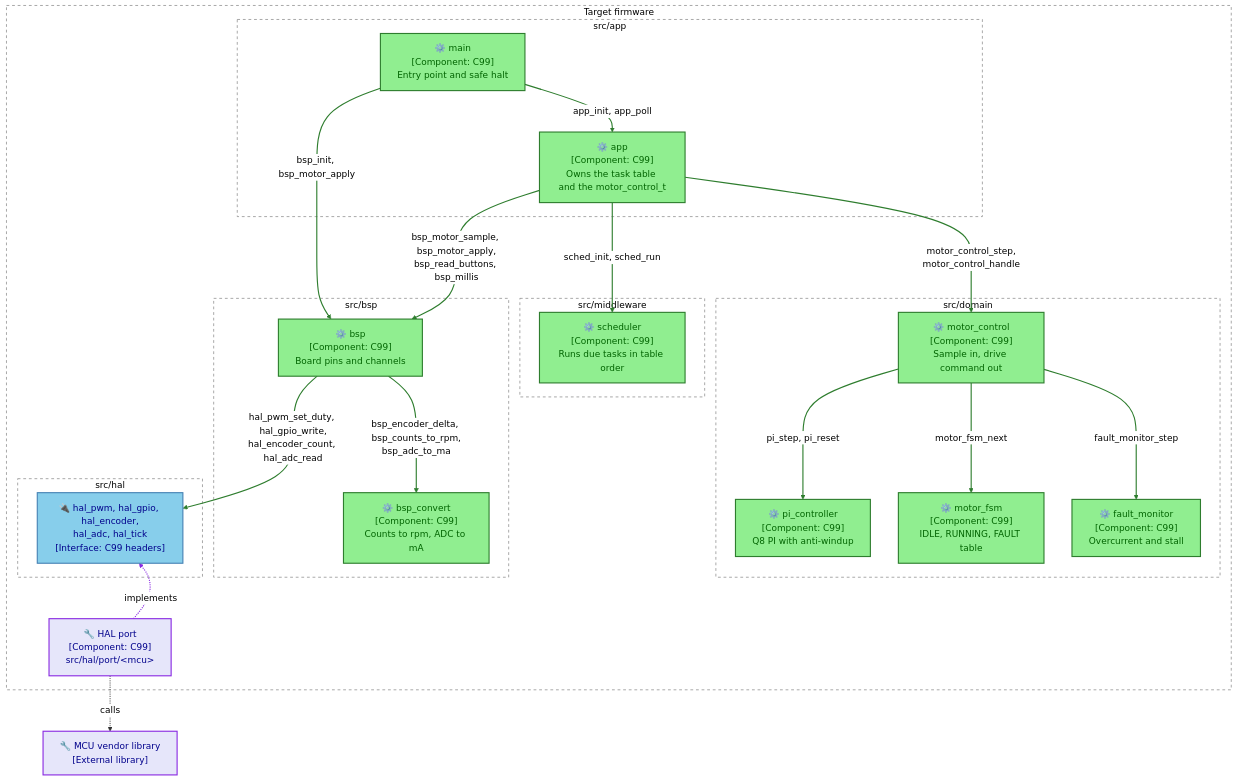
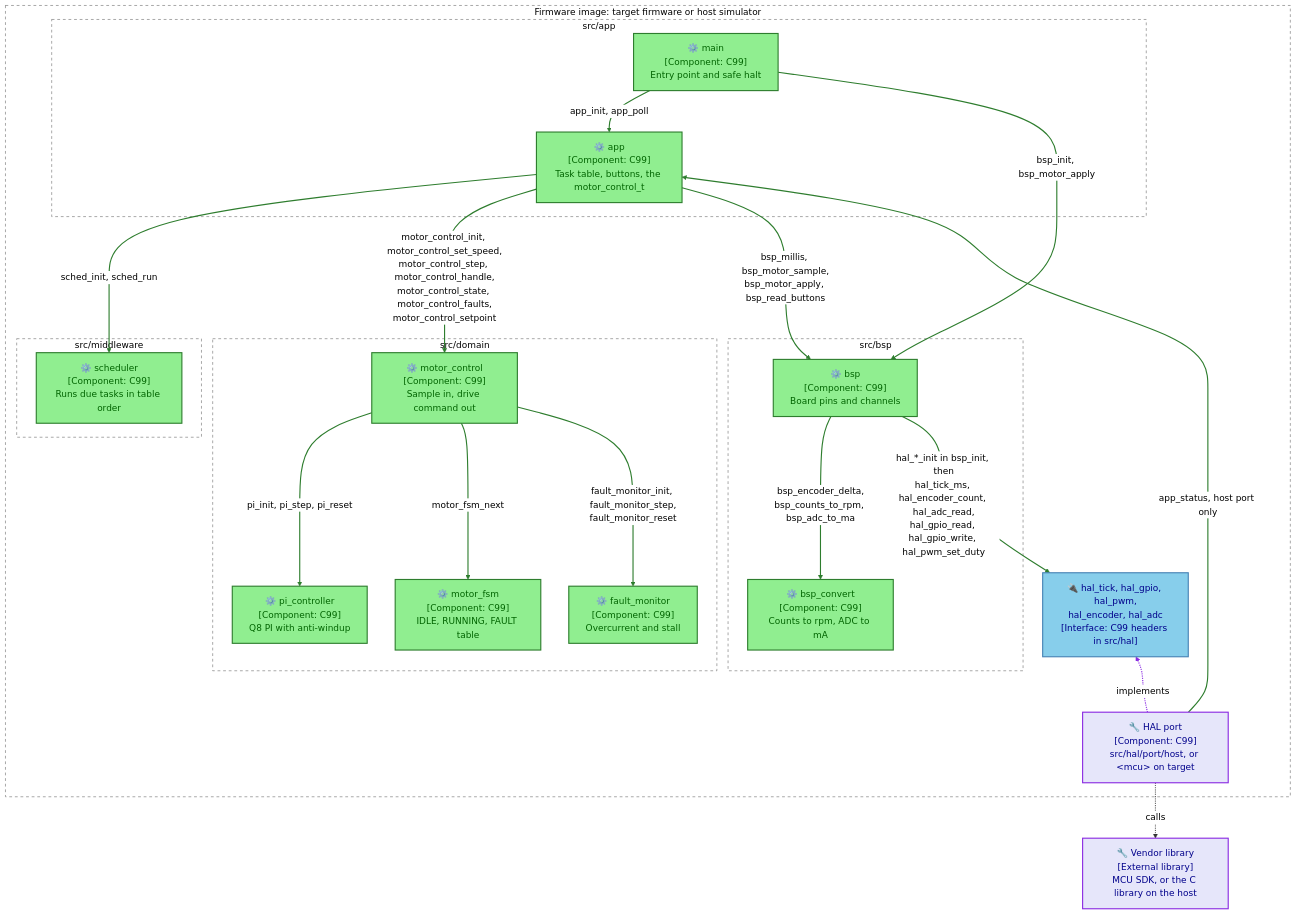
Before and after one commit to wienans/example-repo: the diagram in docs/architecture/03_components.md, drawn with Mermaid (neutral theme). The commit also changed other lines of this file and 6 other files, not shown here.

First line of the commit message:
docs(architecture): align architecture guide with implementation

````diff
--- a/docs/architecture/03_components.md
+++ b/docs/architecture/03_components.md
@@ -5,63 +5,61 @@
 ```mermaid
 flowchart TB
-  accTitle: Run-time calls between firmware components
-  accDescr: main calls app and bsp. app calls the scheduler, motor_control and bsp. motor_control calls pi_controller, motor_fsm and fault_monitor. bsp calls bsp_convert and the HAL interface headers. The HAL port implements the HAL headers and calls the MCU vendor library.
+  accTitle: Calls between firmware components
+  accDescr: main calls app and bsp. app calls the scheduler, motor_control and bsp. motor_control calls pi_controller, motor_fsm and fault_monitor. bsp calls bsp_convert and the HAL interface functions. The HAL port implements the HAL headers and calls the vendor library. The host HAL port also calls app_status to print telemetry.
   classDef boundary fill:#FFFFFF,stroke:#666666,stroke-width:1px,stroke-dasharray:5 5,color:black
   classDef firmware fill:#90EE90,stroke:#2E7D2E,stroke-width:2px,color:darkgreen
   classDef interface fill:#87CEEB,stroke:#4682B4,stroke-width:2px,color:darkblue
   classDef platform fill:#E6E6FA,stroke:#8A2BE2,stroke-width:2px,color:darkblue
   classDef edgeCall stroke:#2E7D2E,stroke-width:2px,color:black
   classDef edgeImplements stroke:#8A2BE2,stroke-width:2px,color:black
   classDef edgeVendor stroke:#333333,stroke-width:1.5px,color:black
 
-  subgraph fw [Target firmware]
+  subgraph fw [Firmware image: target firmware or host simulator]
     subgraph appL [src/app]
       main["⚙️ main<br/>[Component: C99]<br/>Entry point and safe halt"]
-      app["⚙️ app<br/>[Component: C99]<br/>Owns the task table and the motor_control_t"]
+      app["⚙️ app<br/>[Component: C99]<br/>Task table, buttons, the motor_control_t"]
     end
     subgraph mwL [src/middleware]
       sched["⚙️ scheduler<br/>[Component: C99]<br/>Runs due tasks in table order"]
     end
     subgraph domL [src/domain]
       ctl["⚙️ motor_control<br/>[Component: C99]<br/>Sample in, drive command out"]
       pi["⚙️ pi_controller<br/>[Component: C99]<br/>Q8 PI with anti-windup"]
       fsm["⚙️ motor_fsm<br/>[Component: C99]<br/>IDLE, RUNNING, FAULT table"]
       flt["⚙️ fault_monitor<br/>[Component: C99]<br/>Overcurrent and stall"]
     end
     subgraph bspL [src/bsp]
       bsp["⚙️ bsp<br/>[Component: C99]<br/>Board pins and channels"]
       conv["⚙️ bsp_convert<br/>[Component: C99]<br/>Counts to rpm, ADC to mA"]
     end
-    subgraph halL [src/hal]
-      hal["🔌 hal_pwm, hal_gpio, hal_encoder,<br/>hal_adc, hal_tick<br/>[Interface: C99 headers]"]
-    end
-    port["🔧 HAL port<br/>[Component: C99]<br/>src/hal/port/&lt;mcu&gt;"]
+    hal["🔌 hal_tick, hal_gpio, hal_pwm,<br/>hal_encoder, hal_adc<br/>[Interface: C99 headers in src/hal]"]
+    port["🔧 HAL port<br/>[Component: C99]<br/>src/hal/port/host, or &lt;mcu&gt; on target"]
   end
 
-  vendor["🔧 MCU vendor library<br/>[External library]"]
+  vendor["🔧 Vendor library<br/>[External library]<br/>MCU SDK, or the C library on the host"]
 
   main e1@-->|"app_init, app_poll"| app
   main e2@-->|"bsp_init, bsp_motor_apply"| bsp
   app e3@-->|"sched_init, sched_run"| sched
-  app e4@-->|"motor_control_step,<br/>motor_control_handle"| ctl
-  app e5@-->|"bsp_motor_sample, bsp_motor_apply,<br/>bsp_read_buttons, bsp_millis"| bsp
-  ctl e6@-->|"pi_step, pi_reset"| pi
+  app e4@-->|"motor_control_init, motor_control_set_speed,<br/>motor_control_step, motor_control_handle,<br/>motor_control_state, motor_control_faults,<br/>motor_control_setpoint"| ctl
+  app e5@-->|"bsp_millis, bsp_motor_sample,<br/>bsp_motor_apply, bsp_read_buttons"| bsp
+  ctl e6@-->|"pi_init, pi_step, pi_reset"| pi
   ctl e7@-->|"motor_fsm_next"| fsm
-  ctl e8@-->|"fault_monitor_step"| flt
-  bsp e9@-->|"bsp_encoder_delta, bsp_counts_to_rpm,<br/>bsp_adc_to_ma"| conv
-  bsp e10@-->|"hal_pwm_set_duty, hal_gpio_write,<br/>hal_encoder_count, hal_adc_read"| hal
+  ctl e8@-->|"fault_monitor_init, fault_monitor_step,<br/>fault_monitor_reset"| flt
+  bsp e9@-->|"bsp_encoder_delta,<br/>bsp_counts_to_rpm, bsp_adc_to_ma"| conv
+  bsp e10@-->|"hal_*_init in bsp_init, then<br/>hal_tick_ms, hal_encoder_count, hal_adc_read,<br/>hal_gpio_read, hal_gpio_write, hal_pwm_set_duty"| hal
   hal ~~~ port
   port e11@-.->|"implements"| hal
   port e12@-.->|"calls"| vendor
+  port e13@-->|"app_status, host port only"| app
 
-  class fw,appL,mwL,domL,bspL,halL boundary
+  class fw,appL,mwL,domL,bspL boundary
   class main,app,sched,ctl,pi,fsm,flt,bsp,conv firmware
   class hal interface
   class port,vendor platform
-  class e1,e2,e3,e4,e5,e6,e7,e8,e9,e10 edgeCall
+  class e1,e2,e3,e4,e5,e6,e7,e8,e9,e10,e13 edgeCall
   class e11 edgeImplements
   class e12 edgeVendor
 
-
   %% Legend: green solid = function call. Purple dashed = implements a HAL header. Gray dashed = depends on code outside this repo.
 ```
````
